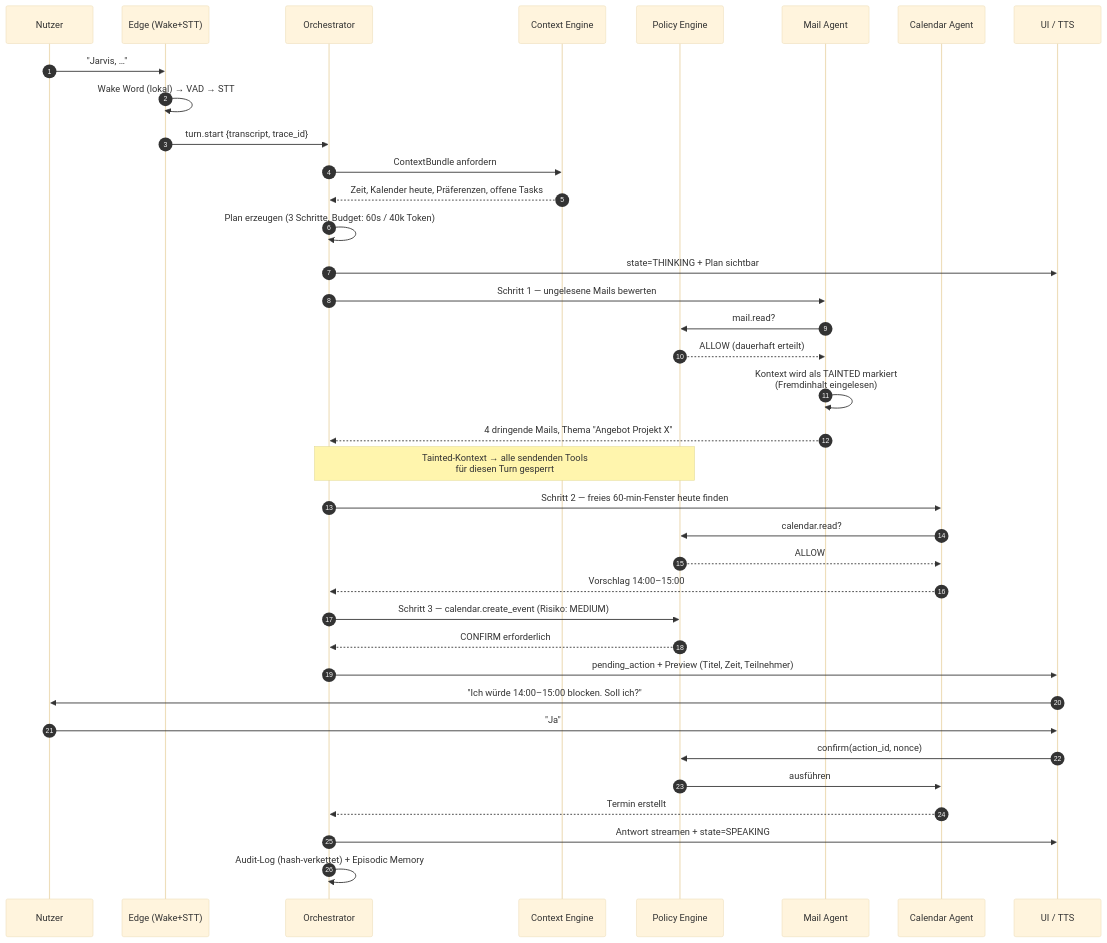
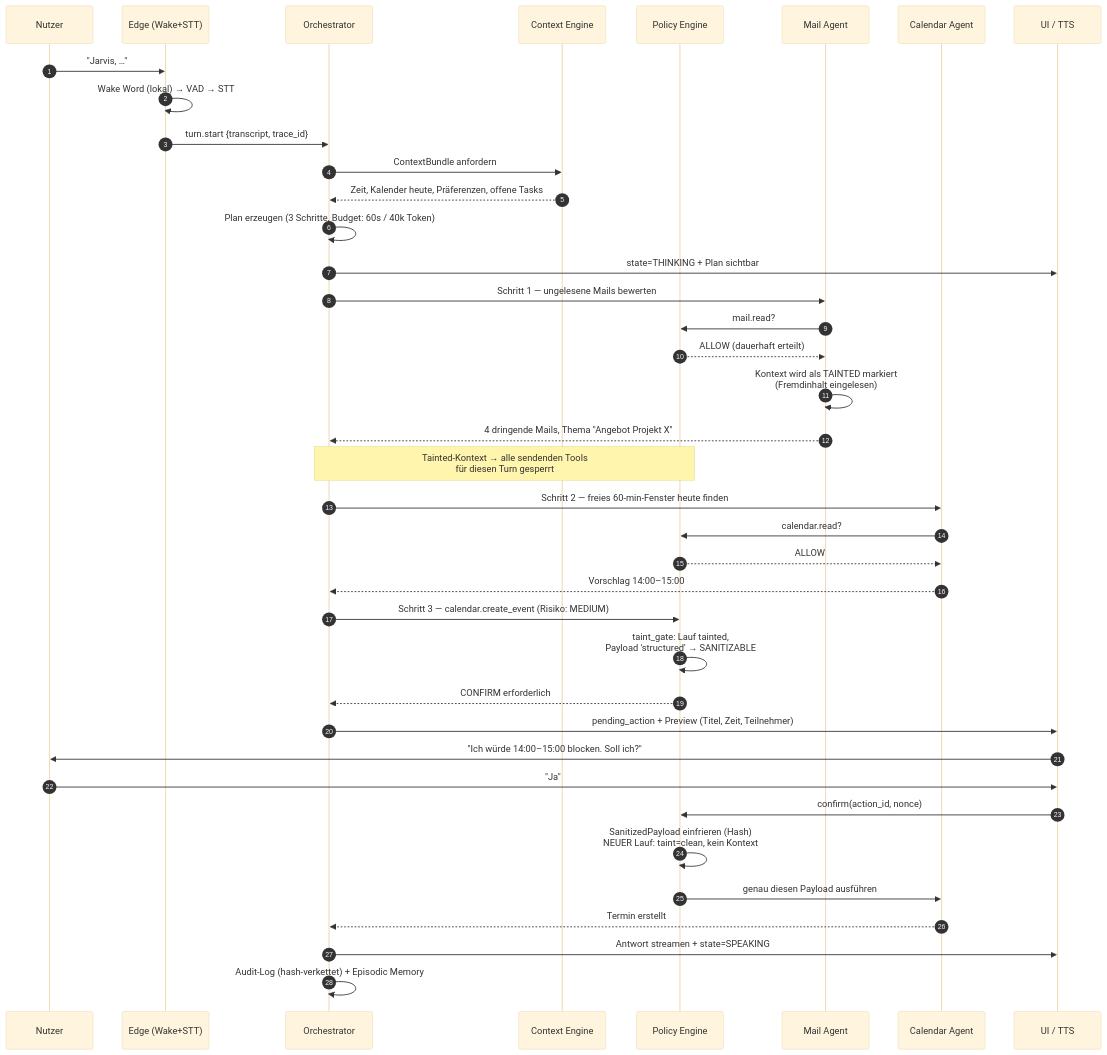
Before and after one commit to midobberahn-png/OpenAi: the second of 2 diagrams in docs/00-uebersicht.md, drawn with Mermaid (base theme). The commit also changed other lines of this file and 19 other files, not shown here.

First line of the commit message:
feat: Architektur V1.1 — Taint-Gate, Identity, Ziele, Entitäten

````diff
--- a/docs/00-uebersicht.md
+++ b/docs/00-uebersicht.md
@@ -167,45 +167,47 @@
 ```mermaid
 sequenceDiagram
     autonumber
     participant U as Nutzer
     participant E as Edge (Wake+STT)
     participant O as Orchestrator
     participant C as Context Engine
     participant P as Policy Engine
     participant MA as Mail Agent
     participant CA as Calendar Agent
     participant UI as UI / TTS
 
     U->>E: "Jarvis, …"
     E->>E: Wake Word (lokal) → VAD → STT
     E->>O: turn.start {transcript, trace_id}
     O->>C: ContextBundle anfordern
     C-->>O: Zeit, Kalender heute, Präferenzen, offene Tasks
     O->>O: Plan erzeugen (3 Schritte, Budget: 60s / 40k Token)
     O->>UI: state=THINKING + Plan sichtbar
 
     O->>MA: Schritt 1 — ungelesene Mails bewerten
     MA->>P: mail.read?
     P-->>MA: ALLOW (dauerhaft erteilt)
     MA->>MA: Kontext wird als TAINTED markiert<br/>(Fremdinhalt eingelesen)
     MA-->>O: 4 dringende Mails, Thema "Angebot Projekt X"
 
     Note over O,P: Tainted-Kontext → alle sendenden Tools<br/>für diesen Turn gesperrt
 
     O->>CA: Schritt 2 — freies 60-min-Fenster heute finden
     CA->>P: calendar.read?
     P-->>CA: ALLOW
     CA-->>O: Vorschlag 14:00–15:00
 
     O->>P: Schritt 3 — calendar.create_event (Risiko: MEDIUM)
+    P->>P: taint_gate: Lauf tainted,<br/>Payload 'structured' → SANITIZABLE
     P-->>O: CONFIRM erforderlich
     O->>UI: pending_action + Preview (Titel, Zeit, Teilnehmer)
     UI->>U: "Ich würde 14:00–15:00 blocken. Soll ich?"
     U->>UI: "Ja"
     UI->>P: confirm(action_id, nonce)
-    P->>CA: ausführen
+    P->>P: SanitizedPayload einfrieren (Hash)<br/>NEUER Lauf: taint=clean, kein Kontext
+    P->>CA: genau diesen Payload ausführen
     CA-->>O: Termin erstellt
 
     O->>UI: Antwort streamen + state=SPEAKING
     O->>O: Audit-Log (hash-verkettet) + Episodic Memory
 ```
````
